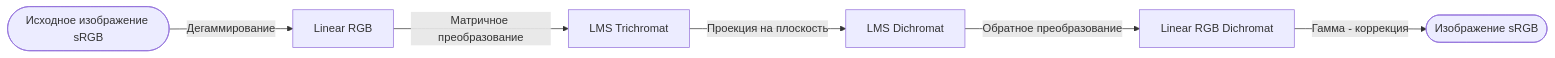
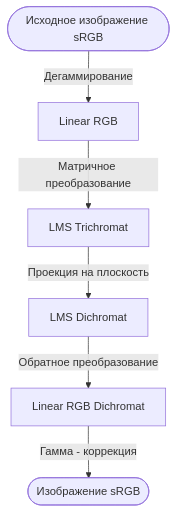
One commit to dfnabiullin/spbpu-cvd-simulator changed the first of 2 diagrams in README.md. Above: the diagram before and after it, drawn with Mermaid.

Commit message:
Fix mermaid syntax in README for flowchart

````diff
--- a/README.md
+++ b/README.md
@@ -25,14 +25,14 @@
 ```mermaid
-flowchart LR
+flowchart
     Input([Исходное изображение sRGB])
     Linear[Linear RGB]
     LMS_T[LMS Trichromat]
     LMS_D[LMS Dichromat]
     Linear_D[Linear RGB Dichromat]
     Output([Изображение sRGB])
     Input -->|Дегаммирование| Linear
     Linear -->|Матричное преобразование| LMS_T
     LMS_T -->|Проекция на плоскость| LMS_D
     LMS_D -->|Обратное преобразование| Linear_D
     Linear_D -->|Гамма - коррекция| Output
 ```
````
